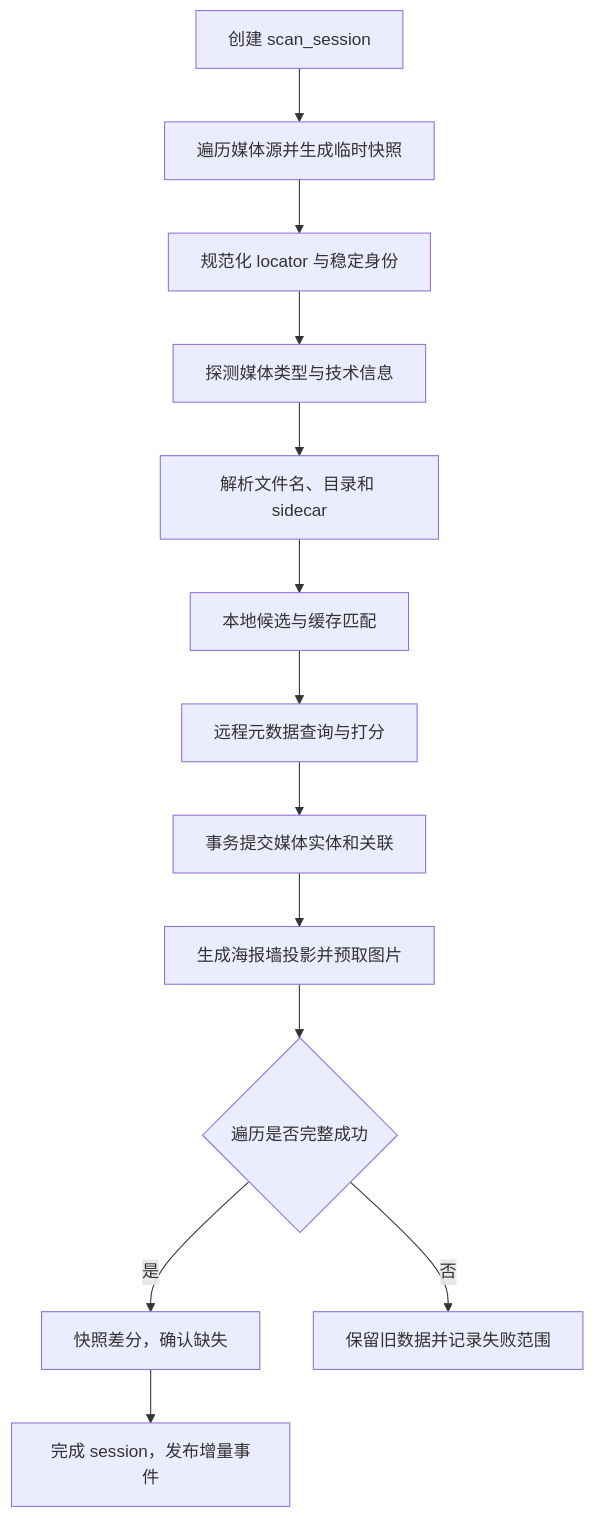
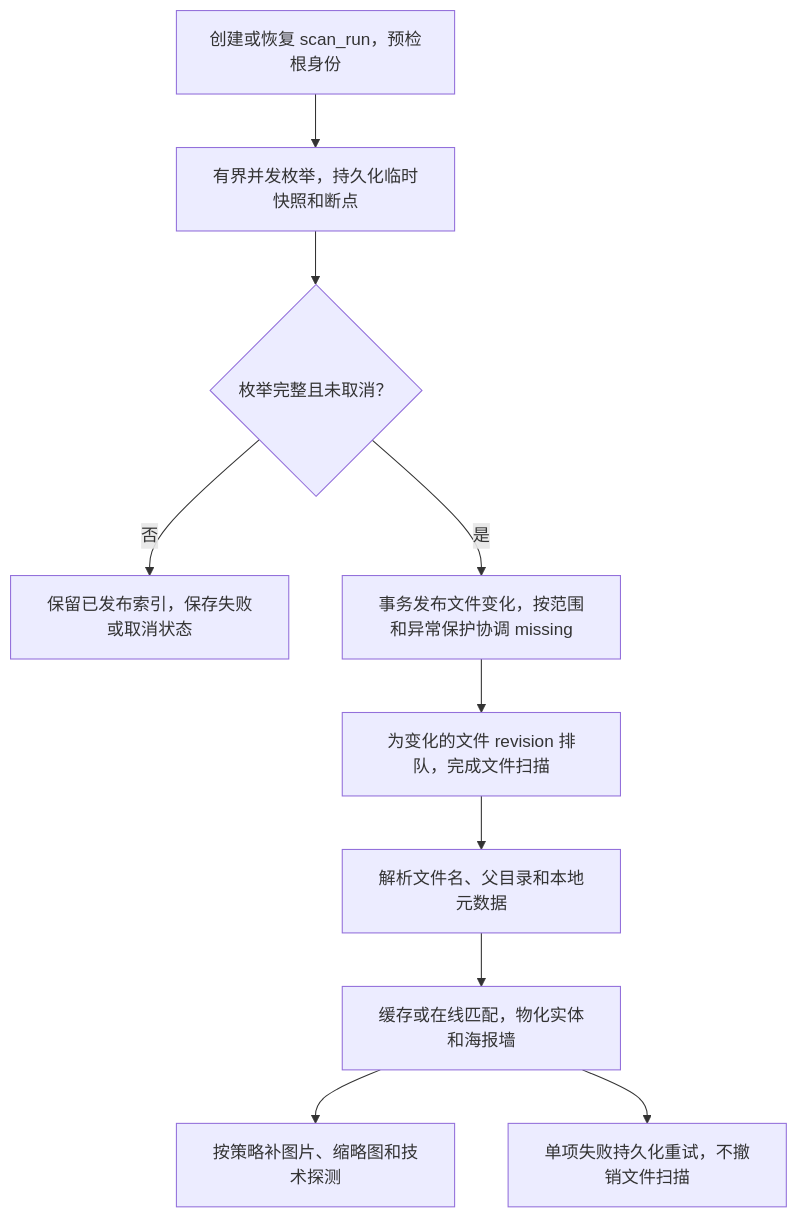
The diagram in specs/media-library/scanning-and-poster-wall.md (qietv/stellar-user-media-sdk), drawn with Mermaid before and after one commit. The commit also changed other lines of this file and 36 other files, not shown here.

````diff
--- a/specs/media-library/scanning-and-poster-wall.md
+++ b/specs/media-library/scanning-and-poster-wall.md
@@ -28,15 +28,12 @@
 ```mermaid
 flowchart TD
-    A["创建 scan_session"] --> B["遍历媒体源并生成临时快照"]
-    B --> C["规范化 locator 与稳定身份"]
-    C --> D["探测媒体类型与技术信息"]
-    D --> E["解析文件名、目录和 sidecar"]
-    E --> F["本地候选与缓存匹配"]
-    F --> G["远程元数据查询与打分"]
-    G --> H["事务提交媒体实体和关联"]
-    H --> I["生成海报墙投影并预取图片"]
-    I --> J{"遍历是否完整成功"}
-    J -->|是| K["快照差分，确认缺失"]
-    J -->|否| L["保留旧数据并记录失败范围"]
-    K --> M["完成 session，发布增量事件"]
+    A["创建或恢复 scan_run，预检根身份"] --> B["有界并发枚举，持久化临时快照和断点"]
+    B --> C{"枚举完整且未取消？"}
+    C -->|否| D["保留已发布索引，保存失败或取消状态"]
+    C -->|是| E["事务发布文件变化，按范围和异常保护协调 missing"]
+    E --> F["为变化的文件 revision 排队，完成文件扫描"]
+    F --> G["解析文件名、父目录和本地元数据"]
+    G --> H["缓存或在线匹配，物化实体和海报墙"]
+    H --> I["按策略补图片、缩略图和技术探测"]
+    H --> J["单项失败持久化重试，不撤销文件扫描"]
 ```
````
